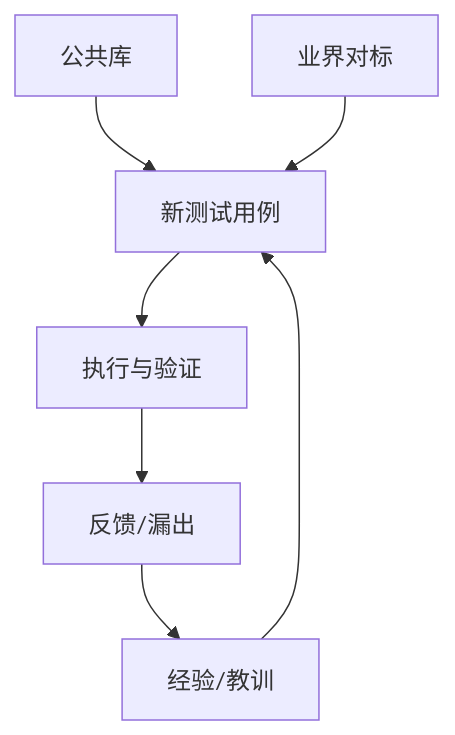
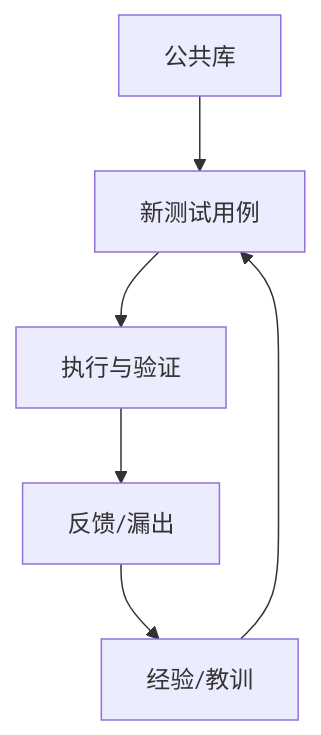
The second of 3 diagrams in README.zh-CN.md (WilliamMunster/testcase-os), drawn with Mermaid before and after one commit. The commit also changed other lines of this file and 2 other files, not shown here.

First line of the commit message:
docs: update workflow diagrams and add AI review config section

````diff
--- a/README.zh-CN.md
+++ b/README.zh-CN.md
@@ -34,9 +36,8 @@
 ```mermaid
 graph TD
     COM[公共库] --> NEW[新测试用例]
     EXP[经验/教训] --> NEW
-    BEN[业界对标] --> NEW
     NEW --> VAL[执行与验证]
     VAL --> FEED[反馈/漏出]
     FEED --> EXP
 ```
````
